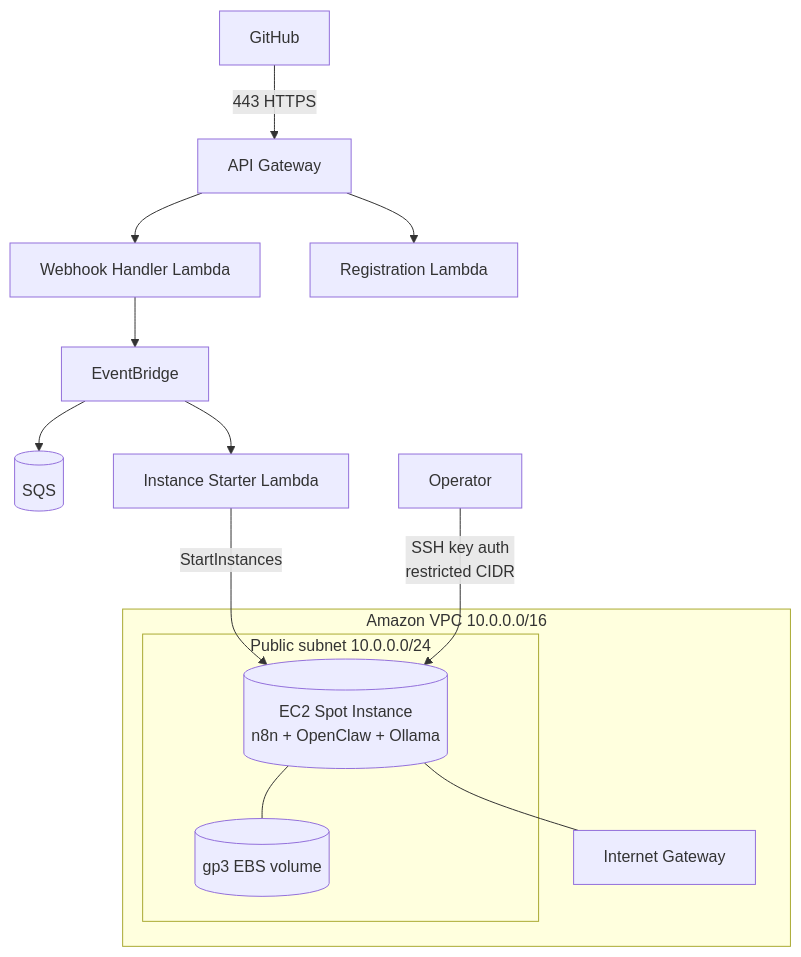
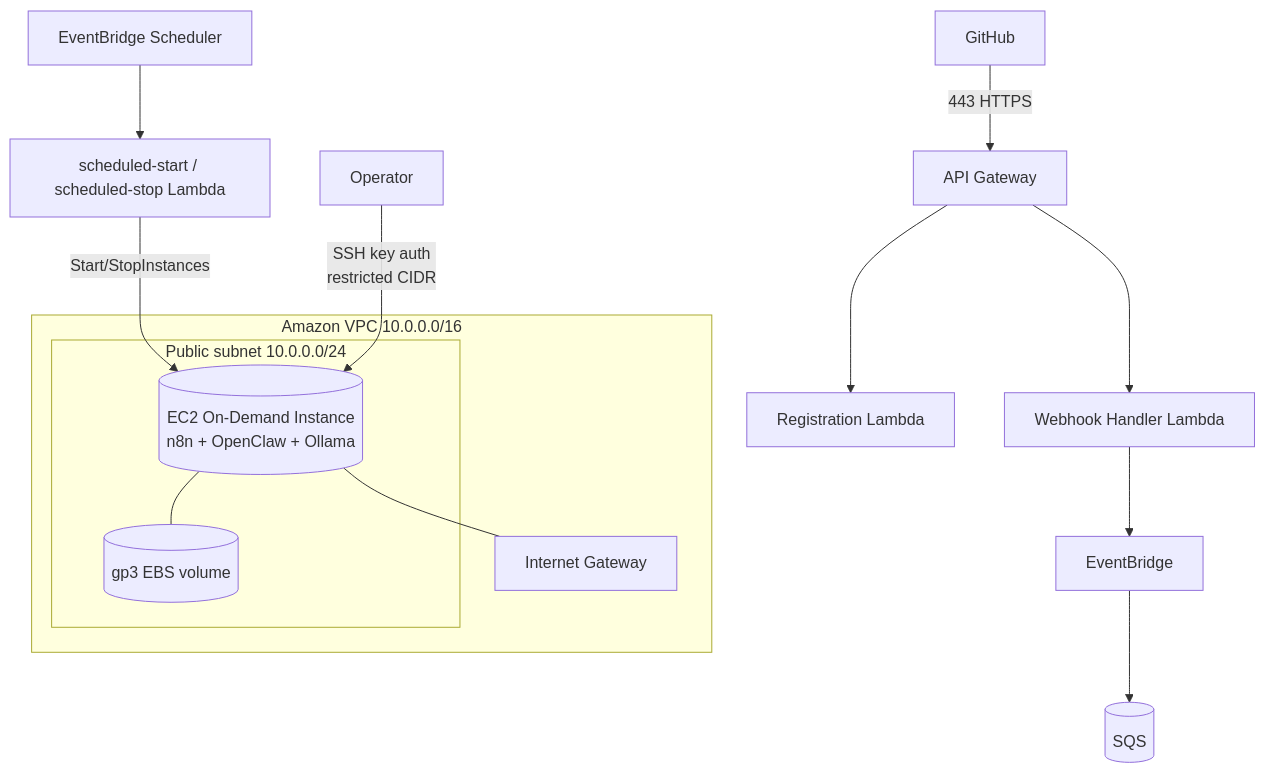
One commit to teddynted/ai-github-repository-blog-generator changed the fourth of 7 diagrams in docs/architecture.md. Above: the diagram before and after it, drawn with Mermaid. The commit also changed other lines of this file and 48 other files, not shown here.

````diff
--- a/docs/architecture.md
+++ b/docs/architecture.md
@@ -173,20 +172,20 @@
 ```mermaid
 flowchart TB
     GH[GitHub] -->|443 HTTPS| APIGW[API Gateway]
     APIGW --> LH[Webhook Handler Lambda]
     APIGW --> RL[Registration Lambda]
     LH --> EB[EventBridge]
     EB --> SQS[(SQS)]
-    EB --> ST[Instance Starter Lambda]
+    SCH[EventBridge Scheduler] --> PWR[scheduled-start / scheduled-stop Lambda]
     subgraph VPC["Amazon VPC 10.0.0.0/16"]
         IGW[Internet Gateway]
         subgraph Public["Public subnet 10.0.0.0/24"]
-            EC2[(EC2 Spot Instance<br/>n8n + OpenClaw + Ollama)]
+            EC2[(EC2 On-Demand Instance<br/>n8n + OpenClaw + Ollama)]
             EBS[(gp3 EBS volume)]
         end
     end
-    ST -->|StartInstances| EC2
+    PWR -->|Start/StopInstances| EC2
     EC2 --- EBS
     EC2 --- IGW
     ADMIN[Operator] -->|SSH key auth<br/>restricted CIDR| EC2
 ```
````
